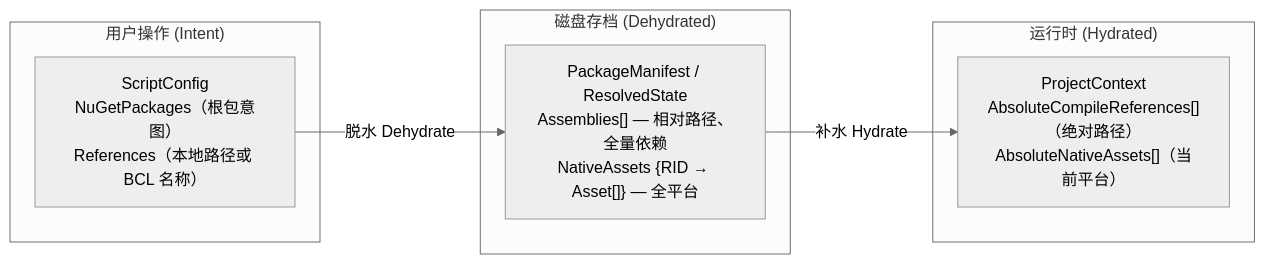
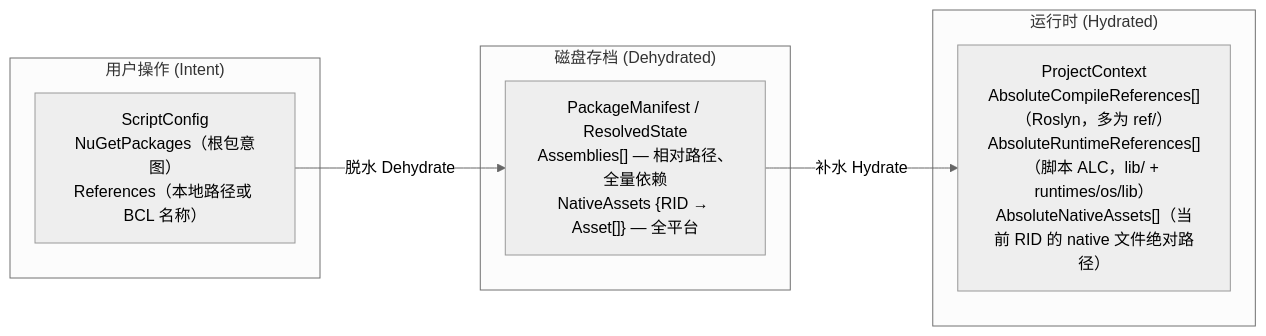
Before and after one commit to dasudiy/scratchpadsharp: the second of 6 diagrams in docs/reference-management.md, drawn with Mermaid (neutral theme). The commit also changed other lines of this file and 56 other files, not shown here.

````diff
--- a/docs/reference-management.md
+++ b/docs/reference-management.md
@@ -56,15 +56,15 @@
 ```mermaid
 flowchart LR
     subgraph intent ["用户操作 (Intent)"]
         SC["ScriptConfig<br/>NuGetPackages（根包意图）<br/>References（本地路径或 BCL 名称）"]
     end
     subgraph dehydrated ["磁盘存档 (Dehydrated)"]
         PM["PackageManifest / ResolvedState<br/>Assemblies[] — 相对路径、全量依赖<br/>NativeAssets {RID → Asset[]} — 全平台"]
     end
     subgraph hydrated ["运行时 (Hydrated)"]
-        PC["ProjectContext<br/>AbsoluteCompileReferences[]（绝对路径）<br/>AbsoluteNativeAssets[]（当前平台）"]
+        PC["ProjectContext<br/>AbsoluteCompileReferences[]（Roslyn，多为 ref/）<br/>AbsoluteRuntimeReferences[]（脚本 ALC，lib/ + runtimes/os/lib）<br/>AbsoluteNativeAssets[]（当前 RID 的 native 文件绝对路径）"]
     end
 
     SC -->|脱水 Dehydrate| PM
     PM -->|补水 Hydrate| PC
 ```
````
